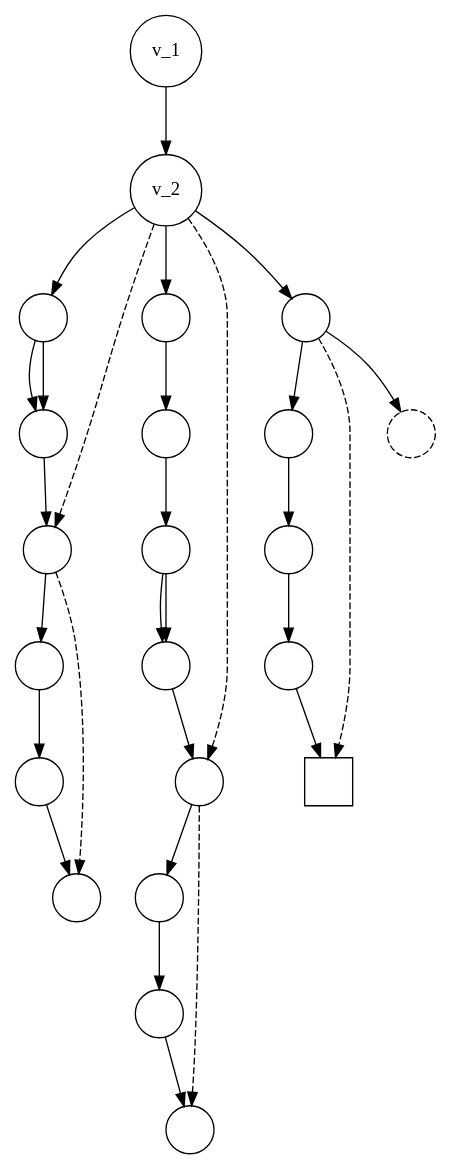
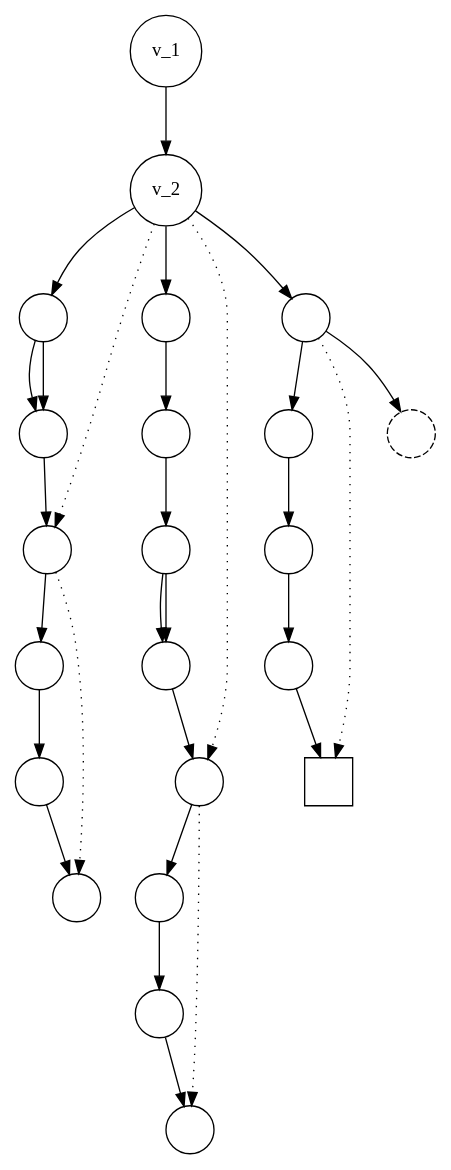
The diagram in PhdThesis/Source/Figure/IRC.dot (Hywan/PhdThesis), drawn with Graphviz before and after one commit. The commit also changed 3 other files, not shown here.

```diff
--- a/PhdThesis/Source/Figure/IRC.dot
+++ b/PhdThesis/Source/Figure/IRC.dot
@@ -1,68 +1,68 @@
 digraph {
     graph [rankdir=TB];
     node [shape=circle, width=0.5, style="state"];
 
     v_1 -> v_2 [label=" ", texlbl="$\quad\quad\code{class('\bslash Irc\bslash Server')}$"];
 
     subgraph {
         v_2 -> w_1 [label=" ", texlbl="$\varepsilon$"];
         w_1 -> w_2 [label=" ", texlbl="$\quad\code{/\^\empty privmessage .+/}\quad$"];
         w_1 -> w_2 [label=" ", texlbl="$\quad\code{/\^\empty message .+/}\quad$"];
         w_2 -> w_3 [label=" ", texlbl="$\varepsilon$"];
         w_3 -> w_4 [label=" ", texlbl="$\varepsilon$"];
         w_4 -> w_5 [label=" ", texlbl="$\code{1..}$"];
         w_5 -> w_6 [label=" ", texlbl="$\varepsilon$"];
-        v_2 -> w_3 [style="dashed"];
-        w_3 -> w_6 [style="dashed"];
+        v_2 -> w_3 [style="dotted"];
+        w_3 -> w_6 [style="dotted"];
     }
 
     subgraph {
         v_2 -> x_1 [label=" ", texlbl="$\varepsilon$"];
         x_1 -> x_2 [label=" ", texlbl="$\quad\code{/\^\empty ping\$/}$"];
         x_2 -> x_3 [label=" ", texlbl="$\varepsilon$"];
         x_3 -> x_4 [label=" ", texlbl="$\quad\code{\$server->buf... >= 0}$"];
         x_3 -> x_4 [label=" ", texlbl="$\quad\code{network...() > 0}$"];
         x_4 -> x_5 [label=" ", texlbl="$\varepsilon$"];
         x_5 -> x_6 [label=" ", texlbl="$\varepsilon$"];
         x_6 -> x_7 [label=" ", texlbl="$\code{1..}$"];
         x_7 -> x_8 [label=" ", texlbl="$\varepsilon$"];
-        v_2 -> x_5 [style="dashed"];
-        x_5 -> x_8 [style="dashed"];
+        v_2 -> x_5 [style="dotted"];
+        x_5 -> x_8 [style="dotted"];
     }
 
     subgraph {
-        v_2 -> y_1 [label=" ", texlbl="$\top$"];
+        v_2 -> y_1 [label=" ", texlbl="$\neg \code{/\^\empty priv…} \land \neg \code{/\^\empty ping\$/}$"];
         y_1 -> y_2 [label=" ", texlbl="$\quad\quad\code{\bslash Irc\bslash Excep...  e}\quad$"];
         y_2 -> y_3 [label=" ", texlbl="$\varepsilon$"];
         y_3 -> y_4 [label=" ", texlbl="$\quad\code{400..491}$"];
         y_4 -> y_5 [label=" ", texlbl="$\varepsilon$"];
         y_1 -> y_6 [label=" ", texlbl="$\quad\neg \code{\bslash Irc\bslash Excep... e}$"];
-        y_1 -> y_5 [style="dashed"];
+        y_1 -> y_5 [style="dotted"];
     }
 
     v_1 [style="state,initial"]
     v_2 [style="state,accepting"];
 
     w_1 [label=" ", texlbl="$v_3$"];
     w_2 [label=" ", texlbl="$v_4$"];
     w_3 [label=" ", texlbl="$v_5$"];
     w_4 [label=" ", texlbl="$v_6$"];
     w_5 [label=" ", texlbl="$v_7$"];
     w_6 [label=" ", texlbl="$v_8$", style="state,accepting"];
 
     x_1 [label=" ", texlbl="$v_9$"];
     x_2 [label=" ", texlbl="$v_{10}$"];
     x_3 [label=" ", texlbl="$v_{11}$"];
     x_4 [label=" ", texlbl="$v_{12}$"];
     x_5 [label=" ", texlbl="$v_{13}$"];
     x_6 [label=" ", texlbl="$v_{14}$"];
     x_7 [label=" ", texlbl="$v_{15}$"];
     x_8 [label=" ", texlbl="$v_{16}$", style="state,accepting"];
 
     y_1 [label=" ", texlbl="$v_{17}$"];
     y_2 [label=" ", texlbl="$v_{18}$"];
     y_3 [label=" ", texlbl="$v_{19}$"];
     y_4 [label=" ", texlbl="$v_{20}$"];
     y_5 [label=" ", texlbl="$v_{21}$", style="state,accepting", shape=rect];
     y_6 [label=" ", texlbl="$v_{22}$", style="dashed"];
 }
```
